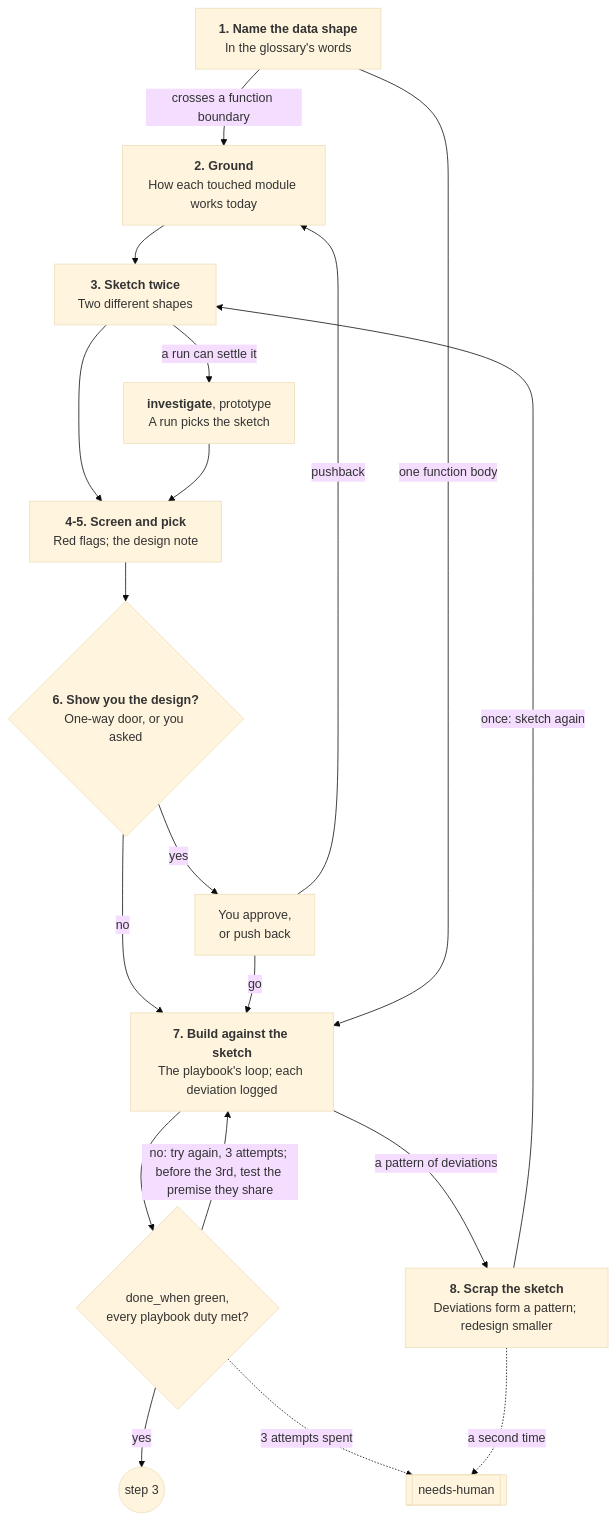
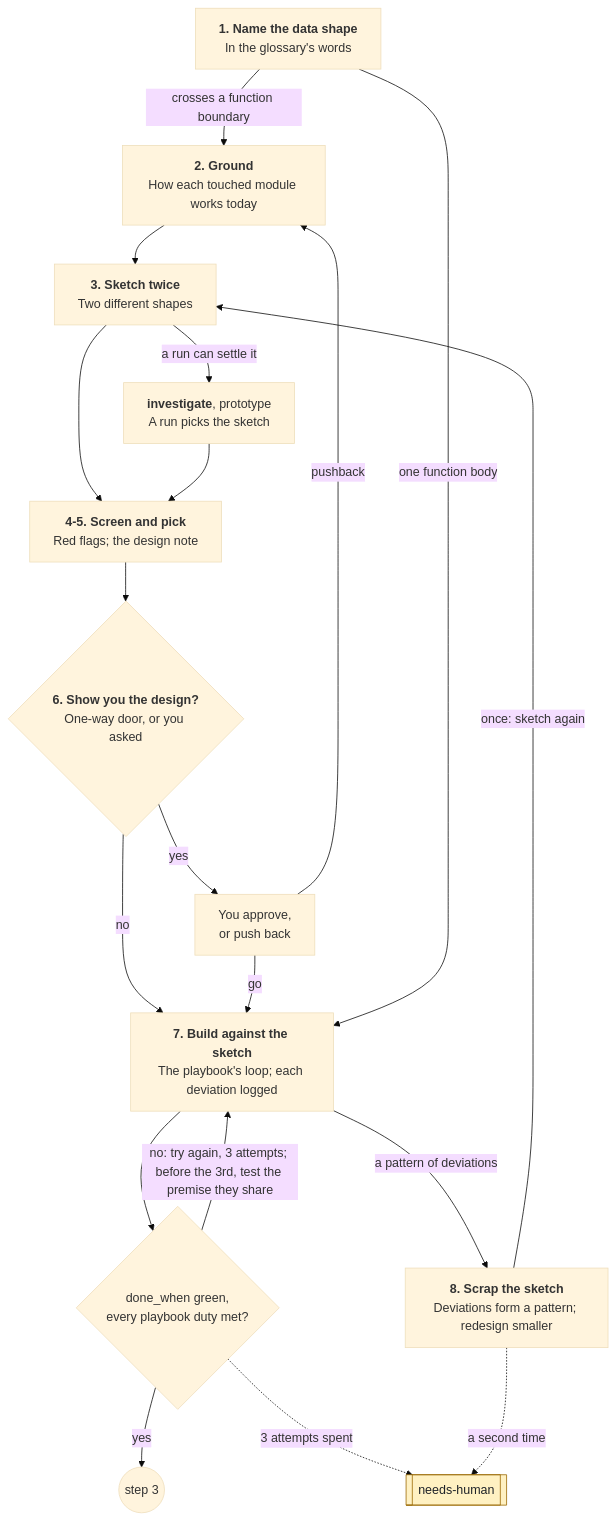
Before and after one commit to Ilian-Allaf/skillstack: the tenth of 12 diagrams in skills/GRAPH.md, drawn with Mermaid (base theme). The commit also changed other lines of this file, not shown here.

First line of the commit message:
Make the skill graph readable at a glance

````diff
--- a/skills/GRAPH.md
+++ b/skills/GRAPH.md
@@ -215,30 +259,35 @@
 ```mermaid
 flowchart TB
   data["<b>1. Name the data shape</b><br/>In the glossary's words"]
   ground["<b>2. Ground</b><br/>How each touched module works today"]
   sketch["<b>3. Sketch twice</b><br/>Two different shapes"]
   proto["<b>investigate</b>, prototype<br/>A run picks the sketch"]
   pick["<b>4-5. Screen and pick</b><br/>Red flags; the design note"]
   show{"<b>6. Show you the design?</b><br/>One-way door, or you asked"}
   you["You approve,<br/>or push back"]
   build["<b>7. Build against the sketch</b><br/>The playbook's loop; each deviation logged"]
   scrap["<b>8. Scrap the sketch</b><br/>Deviations form a pattern; redesign smaller"]
   check{"done_when green,<br/>every playbook duty met?"}
   human[["needs-human"]]
   next(("step 3"))
 
   data -->|crosses a function boundary| ground --> sketch --> pick --> show
   sketch -->|a run can settle it| proto --> pick
   show -->|yes| you
   show -->|no| build
   you -->|go| build
   build --> check
   check -->|yes| next
   data -->|one function body| build
   check -->|"no: try again, 3 attempts; before the 3rd, test the premise they share"| build
   check -.->|3 attempts spent| human
   build -->|a pattern of deviations| scrap
   scrap -->|once: sketch again| sketch
   scrap -.->|a second time| human
   you -->|pushback| ground
+
+  classDef ready fill:#d3f5dc,stroke:#1a7f37,color:#1f2328
+  classDef human fill:#fff1c2,stroke:#9a6700,color:#1f2328
+  classDef stop fill:#ffe0e0,stroke:#cf222e,color:#1f2328
+  class human human
 ```
````
